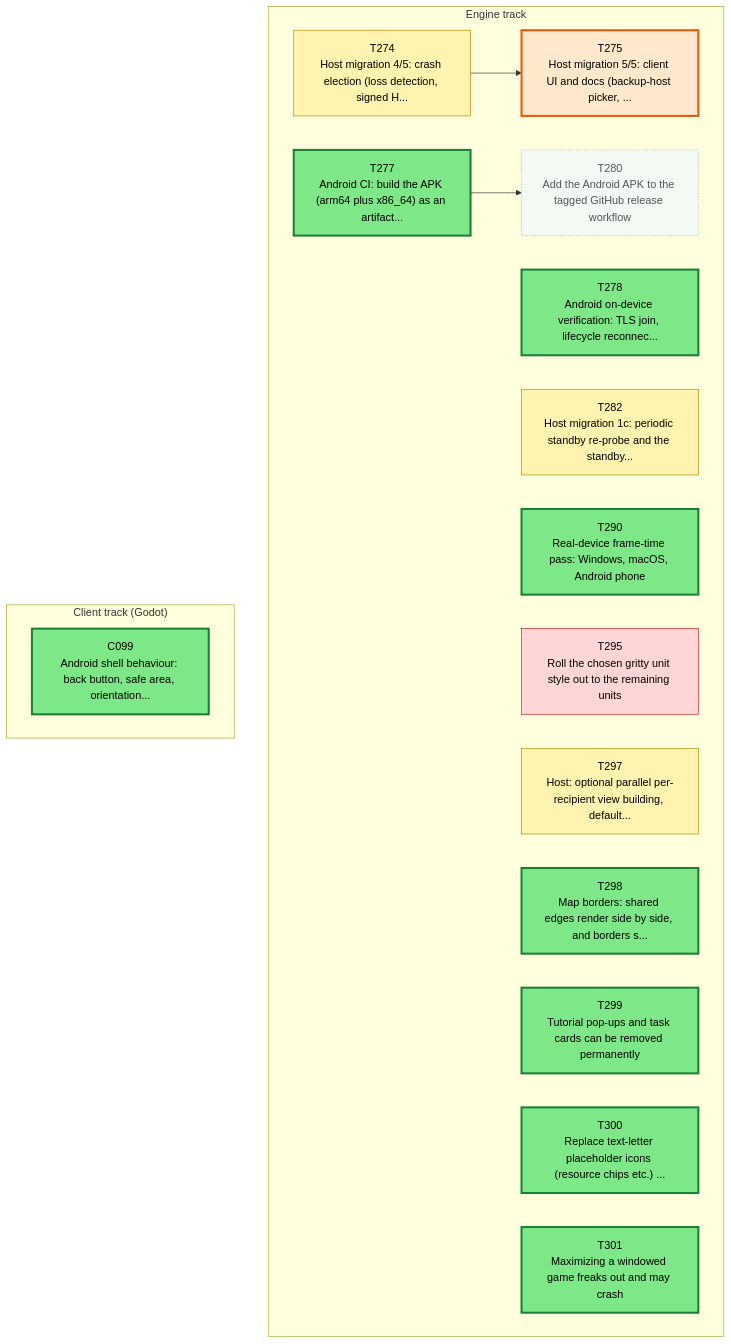
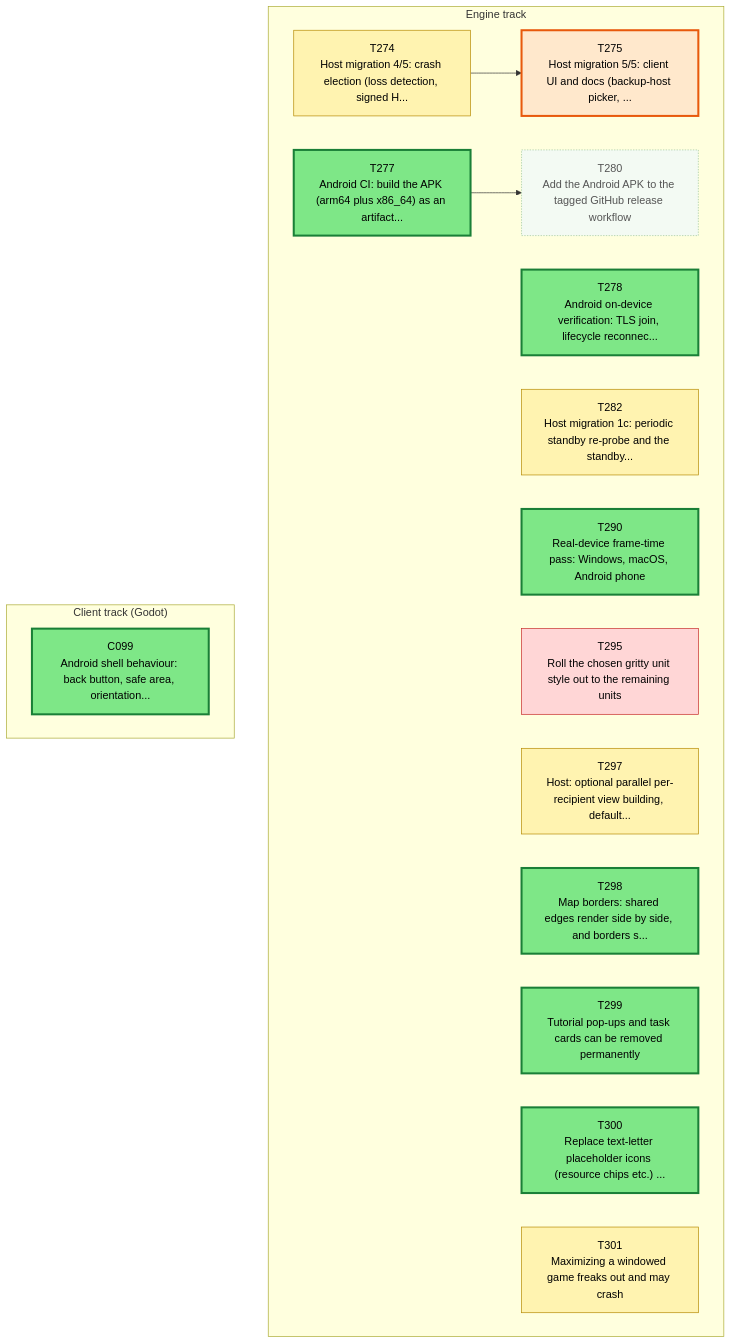
Before and after one commit to Kenmura/Unciv: the first of 3 diagrams in csharp/migration/DEPENDENCY_MAP.md, drawn with Mermaid. The commit also changed other lines of this file and 1 other file, not shown here.

````diff
--- a/csharp/migration/DEPENDENCY_MAP.md
+++ b/csharp/migration/DEPENDENCY_MAP.md
@@ -35,44 +35,44 @@
 ```mermaid
 flowchart TD
   subgraph TTRACK["Engine track"]
     T274["T274<br/>Host migration 4/5: crash election (loss detection, signed H..."]
     T275["T275<br/>Host migration 5/5: client UI and docs (backup-host picker, ..."]
     T277["T277<br/>Android CI: build the APK (arm64 plus x86_64) as an artifact..."]
     T278["T278<br/>Android on-device verification: TLS join, lifecycle reconnec..."]
     T280["T280<br/>Add the Android APK to the tagged GitHub release workflow"]
     T282["T282<br/>Host migration 1c: periodic standby re-probe and the standby..."]
     T290["T290<br/>Real-device frame-time pass: Windows, macOS, Android phone"]
     T295["T295<br/>Roll the chosen gritty unit style out to the remaining units"]
     T297["T297<br/>Host: optional parallel per-recipient view building, default..."]
     T298["T298<br/>Map borders: shared edges render side by side, and borders s..."]
     T299["T299<br/>Tutorial pop-ups and task cards can be removed permanently"]
     T300["T300<br/>Replace text-letter placeholder icons (resource chips etc.) ..."]
     T301["T301<br/>Maximizing a windowed game freaks out and may crash"]
   end
   subgraph CTRACK["Client track (Godot)"]
     C099["C099<br/>Android shell behaviour: back button, safe area, orientation..."]
   end
   T274 --> T275
   T277 --> T280
   classDef waiting fill:#f3faf3,stroke:#9bc49b,color:#555,stroke-dasharray:2 2
   classDef ondeck fill:#ffe8cc,stroke:#e8590c,stroke-width:3px,color:#000
   classDef ready fill:#7ee787,stroke:#1a7f37,stroke-width:3px,color:#000
   classDef prog fill:#fff3b0,stroke:#b58900,color:#000
   classDef review fill:#cfe4ff,stroke:#1f6feb,color:#000
   classDef blocked fill:#ffd6d6,stroke:#c62828,color:#000
   classDef done fill:#eeeeee,stroke:#999999,color:#666,stroke-dasharray:4 3
   class C099 ready
   class T274 prog
   class T275 ondeck
   class T277 ready
   class T278 ready
   class T280 waiting
   class T282 prog
   class T290 ready
   class T295 blocked
   class T297 prog
   class T298 ready
   class T299 ready
   class T300 ready
-  class T301 ready
+  class T301 prog
 ```
````
